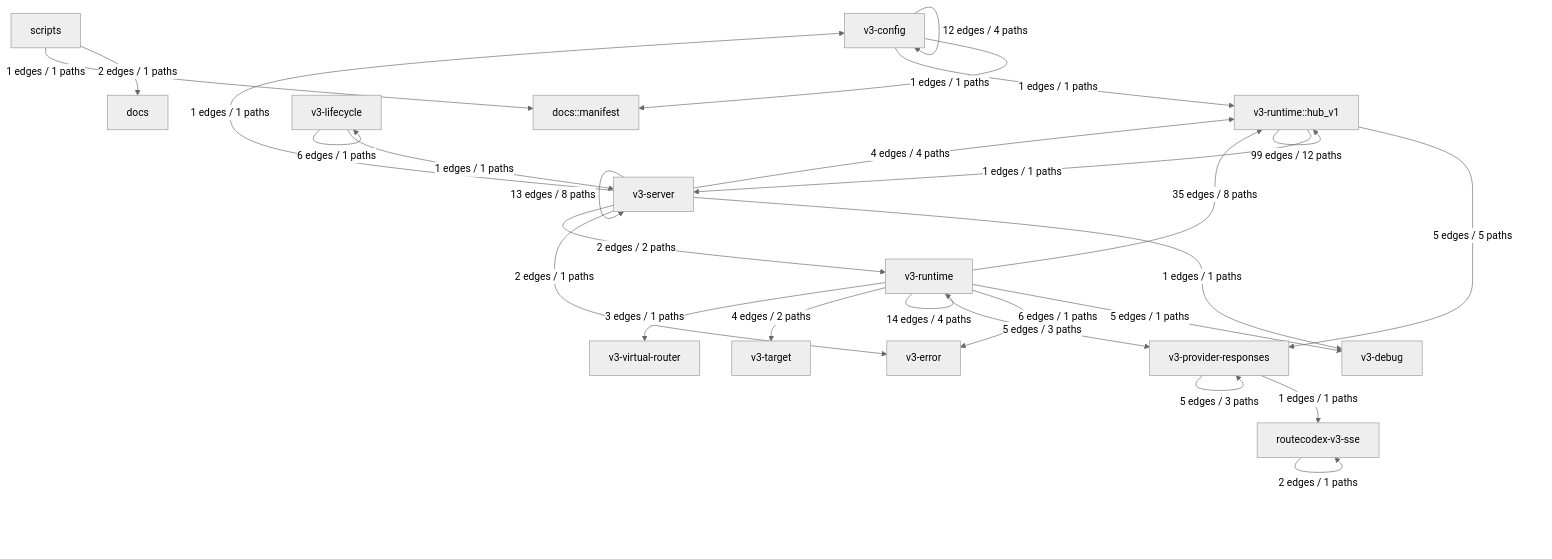
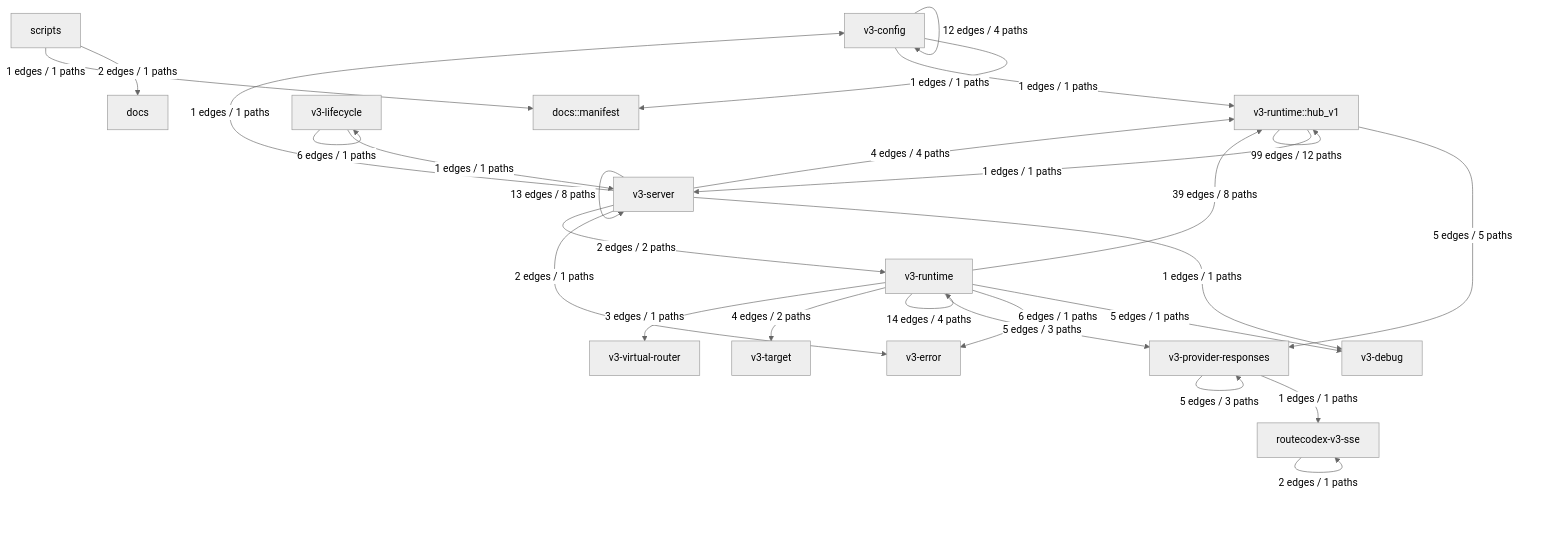
One commit to Jasonzhangf/routecodex changed the first of 37 diagrams in docs/architecture/wiki/v3-mainline-caller-flow.md. Above: the diagram before and after it, drawn with Mermaid (neutral theme). The commit also changed other lines of this file and 37 other files, not shown here.

````diff
--- a/docs/architecture/wiki/v3-mainline-caller-flow.md
+++ b/docs/architecture/wiki/v3-mainline-caller-flow.md
@@ -15,43 +15,43 @@
 ```mermaid
 flowchart TD
   module_docs["docs"]
   module_docs__manifest["docs::manifest"]
   module_routecodex_v3_sse["routecodex-v3-sse"]
   module_scripts["scripts"]
   module_v3_config["v3-config"]
   module_v3_debug["v3-debug"]
   module_v3_error["v3-error"]
   module_v3_lifecycle["v3-lifecycle"]
   module_v3_provider_responses["v3-provider-responses"]
   module_v3_runtime["v3-runtime"]
   module_v3_runtime__hub_v1["v3-runtime::hub_v1"]
   module_v3_server["v3-server"]
   module_v3_target["v3-target"]
   module_v3_virtual_router["v3-virtual-router"]
   module_routecodex_v3_sse -->|2 edges / 1 paths| module_routecodex_v3_sse
   module_scripts -->|2 edges / 1 paths| module_docs
   module_scripts -->|1 edges / 1 paths| module_docs__manifest
   module_v3_config -->|1 edges / 1 paths| module_docs__manifest
   module_v3_config -->|12 edges / 4 paths| module_v3_config
   module_v3_config -->|1 edges / 1 paths| module_v3_runtime__hub_v1
   module_v3_lifecycle -->|6 edges / 1 paths| module_v3_lifecycle
   module_v3_lifecycle -->|1 edges / 1 paths| module_v3_server
   module_v3_provider_responses -->|1 edges / 1 paths| module_routecodex_v3_sse
   module_v3_provider_responses -->|5 edges / 3 paths| module_v3_provider_responses
   module_v3_runtime__hub_v1 -->|5 edges / 5 paths| module_v3_provider_responses
   module_v3_runtime__hub_v1 -->|99 edges / 12 paths| module_v3_runtime__hub_v1
   module_v3_runtime__hub_v1 -->|1 edges / 1 paths| module_v3_server
   module_v3_runtime -->|5 edges / 1 paths| module_v3_debug
   module_v3_runtime -->|6 edges / 1 paths| module_v3_error
   module_v3_runtime -->|5 edges / 3 paths| module_v3_provider_responses
   module_v3_runtime -->|14 edges / 4 paths| module_v3_runtime
-  module_v3_runtime -->|35 edges / 8 paths| module_v3_runtime__hub_v1
+  module_v3_runtime -->|39 edges / 8 paths| module_v3_runtime__hub_v1
   module_v3_runtime -->|4 edges / 2 paths| module_v3_target
   module_v3_runtime -->|3 edges / 1 paths| module_v3_virtual_router
   module_v3_server -->|1 edges / 1 paths| module_v3_config
   module_v3_server -->|1 edges / 1 paths| module_v3_debug
   module_v3_server -->|2 edges / 1 paths| module_v3_error
   module_v3_server -->|2 edges / 2 paths| module_v3_runtime
   module_v3_server -->|4 edges / 4 paths| module_v3_runtime__hub_v1
   module_v3_server -->|13 edges / 8 paths| module_v3_server
 ```
````
